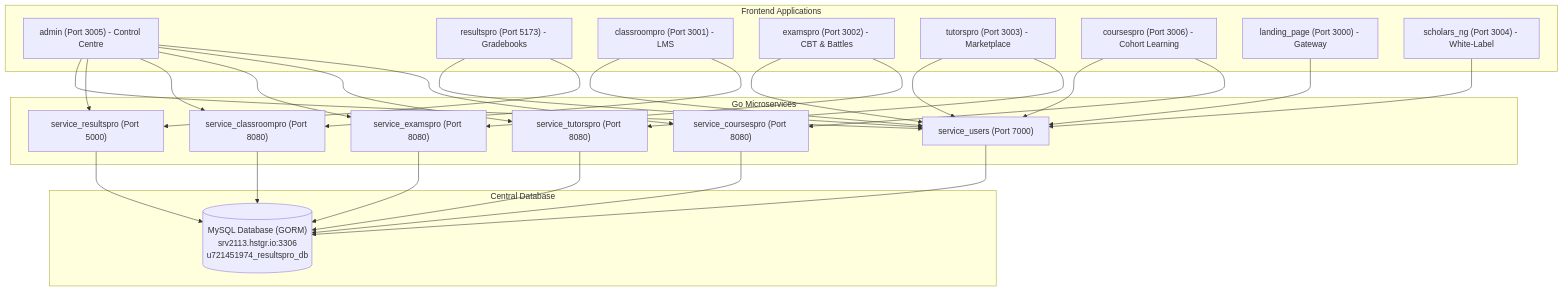
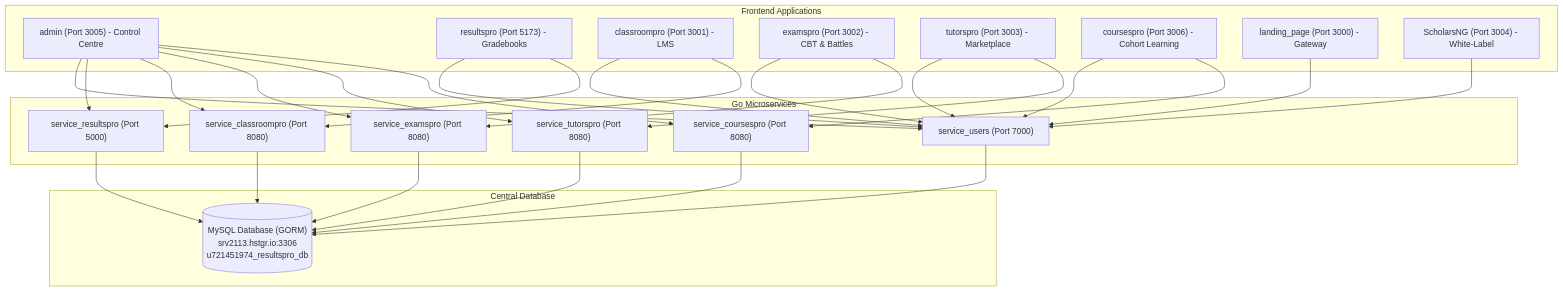
Before and after one commit to ifeanyireed/resultspro-suite: the diagram in README.md, drawn with Mermaid. The commit also changed other lines of this file and 31 other files, not shown here.

````diff
--- a/README.md
+++ b/README.md
@@ -9,58 +9,58 @@
 ```mermaid
 graph TD
     subgraph Frontend Applications
         A["admin (Port 3005) - Control Centre"]
         B["resultspro (Port 5173) - Gradebooks"]
         C["classroompro (Port 3001) - LMS"]
         D["examspro (Port 3002) - CBT & Battles"]
         E["tutorspro (Port 3003) - Marketplace"]
         F["coursespro (Port 3006) - Cohort Learning"]
         G["landing_page (Port 3000) - Gateway"]
-        H["scholars_ng (Port 3004) - White-Label"]
+        H["ScholarsNG (Port 3004) - White-Label"]
     end
 
     subgraph Go Microservices
         S1["service_users (Port 7000)"]
         S2["service_resultspro (Port 5000)"]
         S3["service_classroompro (Port 8080)"]
         S4["service_examspro (Port 8080)"]
         S5["service_tutorspro (Port 8080)"]
         S6["service_coursespro (Port 8080)"]
     end
 
     subgraph Central Database
         DB[("MySQL Database (GORM)<br>srv2113.hstgr.io:3306<br>u721451974_resultspro_db")]
     end
 
     A --> S1
     A --> S2
     A --> S3
     A --> S4
     A --> S5
     A --> S6
 
     B --> S1
     B --> S2
 
     C --> S1
     C --> S3
 
     D --> S1
     D --> S4
 
     E --> S1
     E --> S5
 
     F --> S1
     F --> S6
 
     G --> S1
     H --> S1
 
     S1 --> DB
     S2 --> DB
     S3 --> DB
     S4 --> DB
     S5 --> DB
     S6 --> DB
 ```
````
